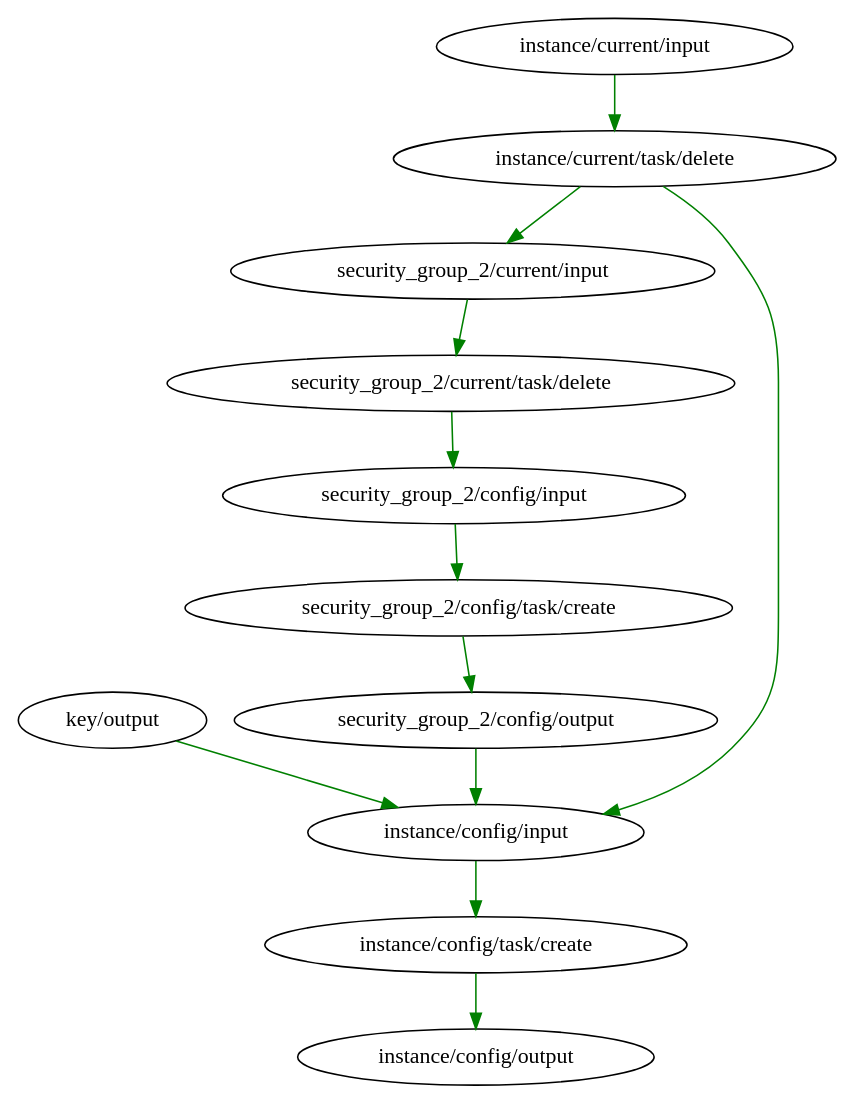
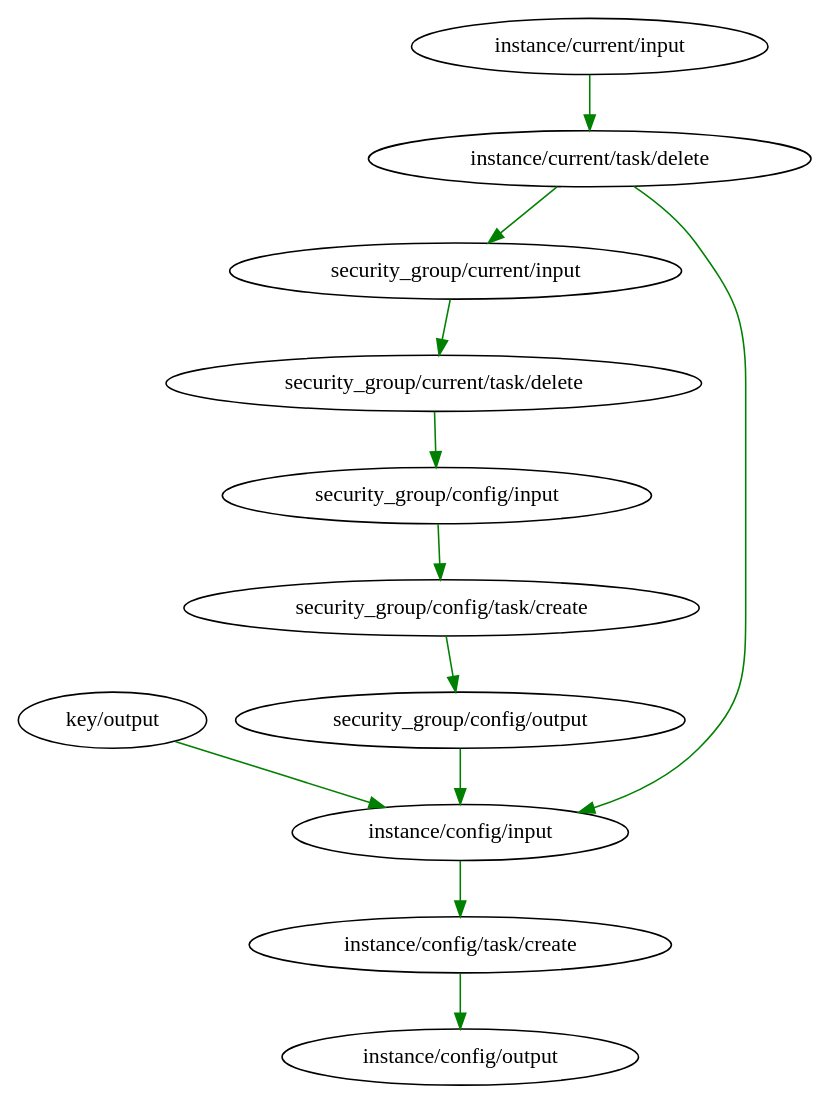
One commit to cfeenstra67/infra-as-code-complex-deps changed the diagram in statey/graphs/both-replace.gv. Above: the diagram before and after it, drawn with Graphviz. The commit also changed 6 other files, not shown here.

Commit message:
update graphs

```diff
--- a/statey/graphs/both-replace.gv
+++ b/statey/graphs/both-replace.gv
@@ -1,24 +1,24 @@
 digraph {
 	"key/output"
-	"security_group_2/current/input"
-	"security_group_2/current/task/delete"
-	"security_group_2/config/input"
-	"security_group_2/config/output"
-	"security_group_2/config/task/create"
+	"security_group/current/input"
+	"security_group/current/task/delete"
+	"security_group/config/input"
+	"security_group/config/output"
+	"security_group/config/task/create"
 	"instance/current/input"
 	"instance/current/task/delete"
 	"instance/config/input"
 	"instance/config/output"
 	"instance/config/task/create"
 	"key/output" -> "instance/config/input" [color=green]
-	"security_group_2/current/input" -> "security_group_2/current/task/delete" [color=green]
-	"security_group_2/current/task/delete" -> "security_group_2/config/input" [color=green]
-	"security_group_2/config/input" -> "security_group_2/config/task/create" [color=green]
-	"security_group_2/config/output" -> "instance/config/input" [color=green]
-	"security_group_2/config/task/create" -> "security_group_2/config/output" [color=green]
+	"security_group/current/input" -> "security_group/current/task/delete" [color=green]
+	"security_group/current/task/delete" -> "security_group/config/input" [color=green]
+	"security_group/config/input" -> "security_group/config/task/create" [color=green]
+	"security_group/config/output" -> "instance/config/input" [color=green]
+	"security_group/config/task/create" -> "security_group/config/output" [color=green]
 	"instance/current/input" -> "instance/current/task/delete" [color=green]
 	"instance/current/task/delete" -> "instance/config/input" [color=green]
-	"instance/current/task/delete" -> "security_group_2/current/input" [color=green]
+	"instance/current/task/delete" -> "security_group/current/input" [color=green]
 	"instance/config/input" -> "instance/config/task/create" [color=green]
 	"instance/config/task/create" -> "instance/config/output" [color=green]
 }
```
